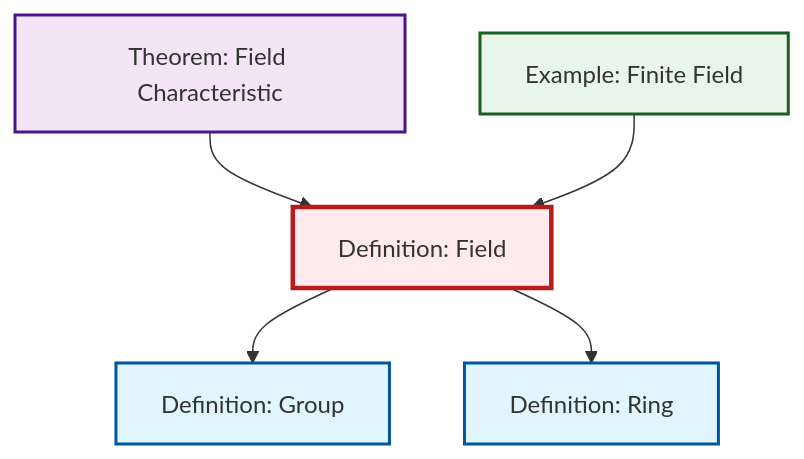
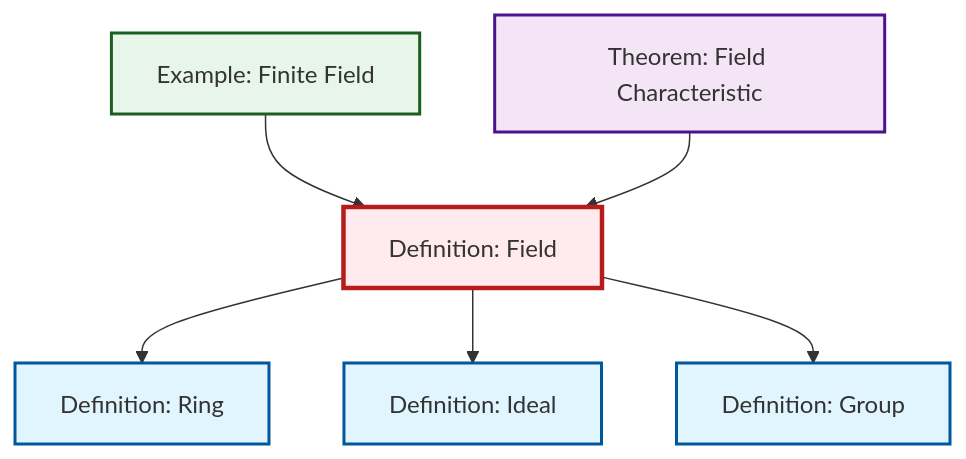
One commit to RK0429/ModernMath changed the diagram in content/ja/algebra/def-field.qmd. Above: the diagram before and after it, drawn with Mermaid. The commit also changed 530 other files, not shown here.

````diff
--- a/content/ja/algebra/def-field.qmd
+++ b/content/ja/algebra/def-field.qmd
@@ -57,23 +57,26 @@
 ```{mermaid}
 %%| fig-cap: "Local dependency graph"
 graph TD
     classDef definition fill:#e1f5fe,stroke:#01579b,stroke-width:2px
     classDef theorem fill:#f3e5f5,stroke:#4a148c,stroke-width:2px
     classDef axiom fill:#fff3e0,stroke:#e65100,stroke-width:2px
     classDef example fill:#e8f5e9,stroke:#1b5e20,stroke-width:2px
     classDef current fill:#ffebee,stroke:#b71c1c,stroke-width:3px
-    def-ring["Definition: Ring"]:::definition
-    def-field["Definition: Field"]:::definition
+    def-ideal["Definition: Ideal"]:::definition
     ex-finite-field["Example: Finite Field"]:::example
     def-group["Definition: Group"]:::definition
+    def-field["Definition: Field"]:::definition
     thm-field-characteristic["Theorem: Field Characteristic"]:::theorem
-    thm-field-characteristic --> def-field
-    def-field --> def-group
+    def-ring["Definition: Ring"]:::definition
     def-field --> def-ring
     ex-finite-field --> def-field
+    def-field --> def-ideal
+    def-field --> def-group
+    thm-field-characteristic --> def-field
     class def-field current
-    click def-ring "def-ring.html" "Definition: Ringへ"
+    click def-ideal "def-ideal.html" "Definition: Idealへ"
     click ex-finite-field "ex-finite-field.html" "Example: Finite Fieldへ"
     click def-group "def-group.html" "Definition: Groupへ"
     click thm-field-characteristic "thm-field-characteristic.html" "Theorem: Field Characteristicへ"
+    click def-ring "def-ring.html" "Definition: Ringへ"
 ```
````
